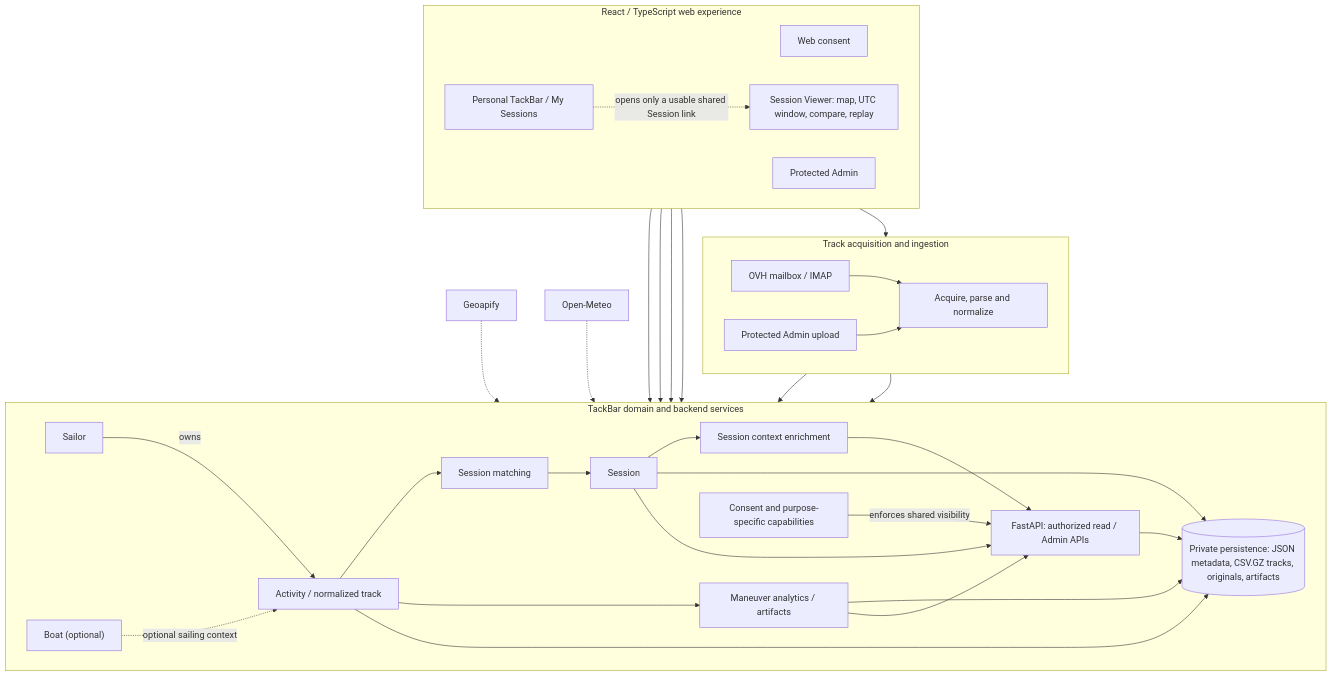
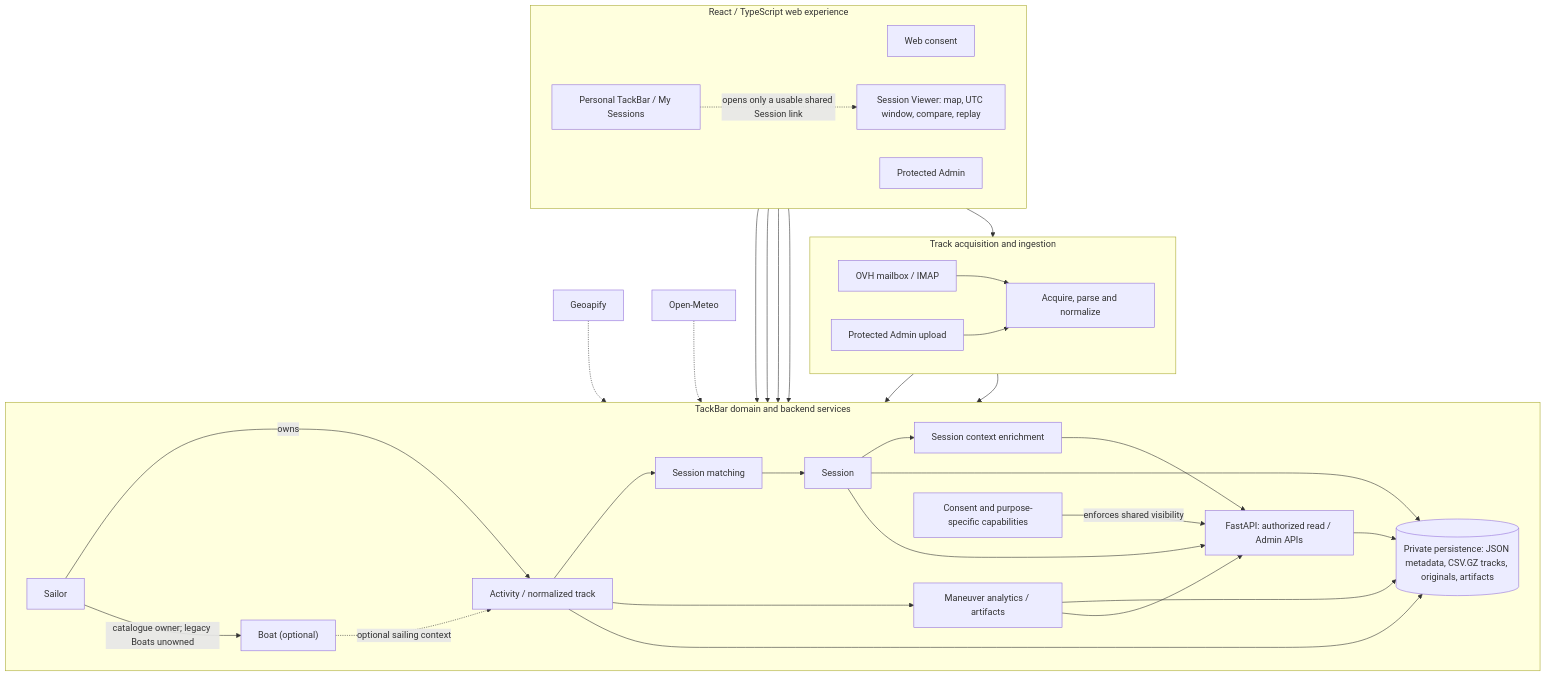
One commit to maxsail-project/tackbar changed the diagram in docs/current/solution-overview.md. Above: the diagram before and after it, drawn with Mermaid. The commit also changed other lines of this file and 4 other files, not shown here.

First line of the commit message:
feat(boat): establish Sailor-owned Boat persistence

````diff
--- a/docs/current/solution-overview.md
+++ b/docs/current/solution-overview.md
@@ -18,59 +18,60 @@
 ```mermaid
 flowchart TB
   subgraph ACQUISITION["Track acquisition and ingestion"]
     direction LR
     OVH["OVH mailbox / IMAP"]
     UPLOAD["Protected Admin upload"]
     PIPE["Acquire, parse and normalize"]
     OVH --> PIPE
     UPLOAD --> PIPE
   end
 
   subgraph CORE["TackBar domain and backend services"]
     direction LR
     SAILOR["Sailor"]
     BOAT["Boat (optional)"]
     ACT["Activity / normalized track"]
     MATCH["Session matching"]
     SES["Session"]
     ANALYTICS["Maneuver analytics / artifacts"]
     CONTEXT["Session context enrichment"]
     ACCESS["Consent and purpose-specific capabilities"]
     API["FastAPI: authorized read / Admin APIs"]
     STORE[("Private persistence: JSON metadata, CSV.GZ tracks, originals, artifacts")]
 
     SAILOR -->|"owns"| ACT
+    SAILOR -->|"catalogue owner; legacy Boats unowned"| BOAT
     BOAT -.->|"optional sailing context"| ACT
     ACT --> MATCH --> SES
     ACT --> ANALYTICS
     SES --> CONTEXT
     ACT --> STORE
     SES --> STORE
     ANALYTICS --> STORE
     ACCESS -->|"enforces shared visibility"| API
     SES --> API
     ANALYTICS --> API
     CONTEXT --> API
     API --> STORE
   end
 
   subgraph WEB["React / TypeScript web experience"]
     direction LR
     CONSENT["Web consent"]
     PERSONAL["Personal TackBar / My Sessions"]
     VIEWER["Session Viewer: map, UTC window, compare, replay"]
     ADMIN["Protected Admin"]
   end
 
   PIPE --> ACT
   PIPE --> STORE
   CONSENT --> ACCESS
   PERSONAL --> API
   VIEWER --> API
   ADMIN --> API
   ADMIN --> UPLOAD
   PERSONAL -.->|"opens only a usable shared Session link"| VIEWER
 
   GEO["Geoapify"] -.-> CONTEXT
   METEO["Open-Meteo"] -.-> CONTEXT
 ```
````
